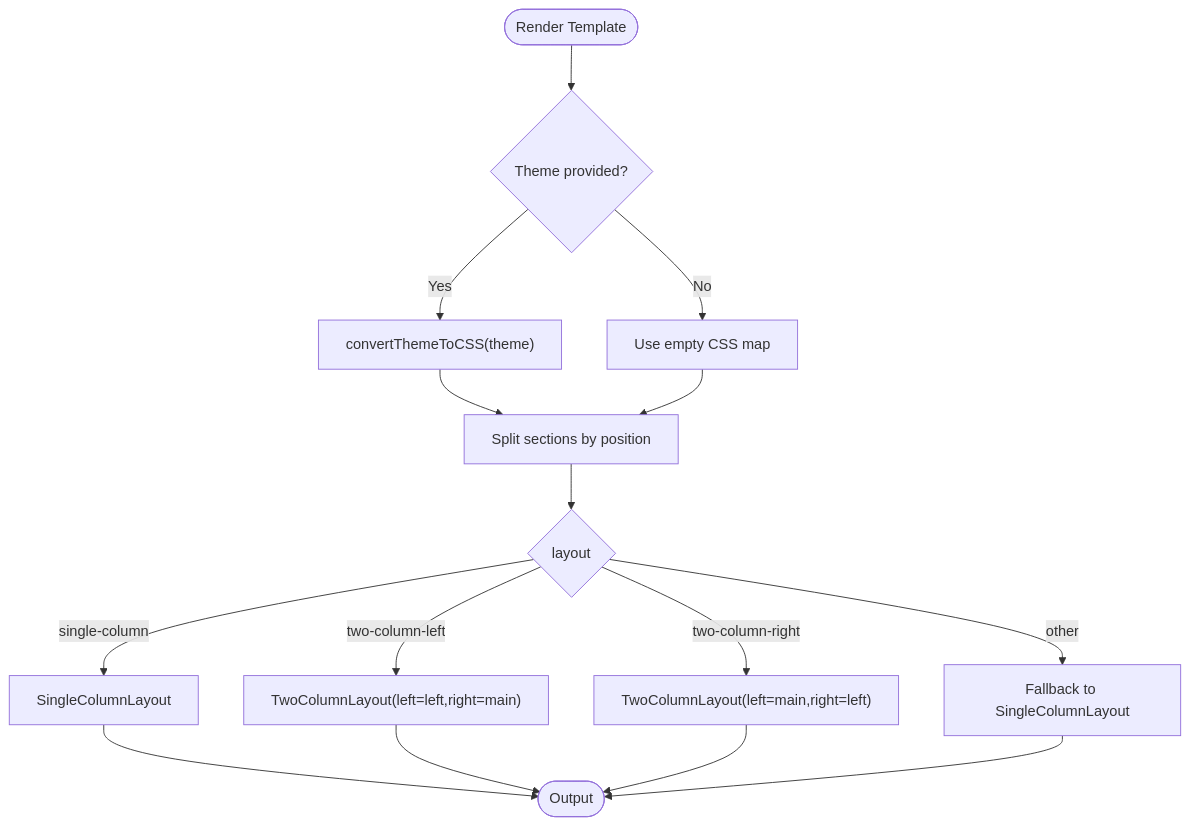
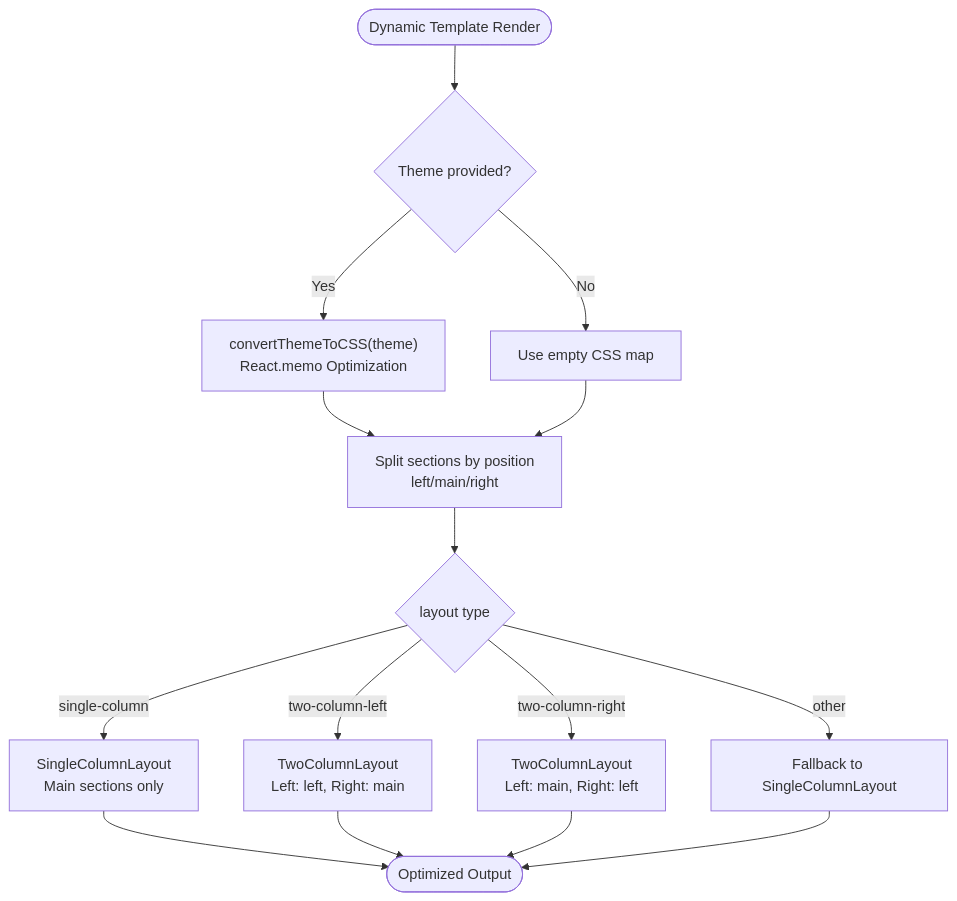
Before and after one commit to DoVuDung/cv-portfolio-builder: the third of 6 diagrams in .qoder/repowiki/en/content/Template Engine/Template Engine.md, drawn with Mermaid. The commit also changed other lines of this file and 26 other files, not shown here.

First line of the commit message:
docs(agent): update AI Agent System with MCP tool architecture and CV Builder integration

````diff
--- a/.qoder/repowiki/en/content/Template Engine/Template Engine.md
+++ b/.qoder/repowiki/en/content/Template Engine/Template Engine.md
@@ -201,17 +205,17 @@
 ```mermaid
 flowchart TD
-Start(["Render Template"]) --> HasTheme{"Theme provided?"}
-HasTheme --> |Yes| ToCSS["convertThemeToCSS(theme)"]
+Start(["Dynamic Template Render"]) --> HasTheme{"Theme provided?"}
+HasTheme --> |Yes| ToCSS["convertThemeToCSS(theme)<br/>React.memo Optimization"]
 HasTheme --> |No| SkipCSS["Use empty CSS map"]
-ToCSS --> Split["Split sections by position"]
+ToCSS --> Split["Split sections by position<br/>left/main/right"]
 SkipCSS --> Split
-Split --> Choose{"layout"}
-Choose --> |single-column| SC["SingleColumnLayout"]
-Choose --> |two-column-left| TC1["TwoColumnLayout(left=left,right=main)"]
-Choose --> |two-column-right| TC2["TwoColumnLayout(left=main,right=left)"]
+Split --> Choose{"layout type"}
+Choose --> |single-column| SC["SingleColumnLayout<br/>Main sections only"]
+Choose --> |two-column-left| TC1["TwoColumnLayout<br/>Left: left, Right: main"]
+Choose --> |two-column-right| TC2["TwoColumnLayout<br/>Left: main, Right: left"]
 Choose --> |other| Fallback["Fallback to SingleColumnLayout"]
-SC --> End(["Output"])
+SC --> End(["Optimized Output"])
 TC1 --> End
 TC2 --> End
 Fallback --> End
 ```
````
